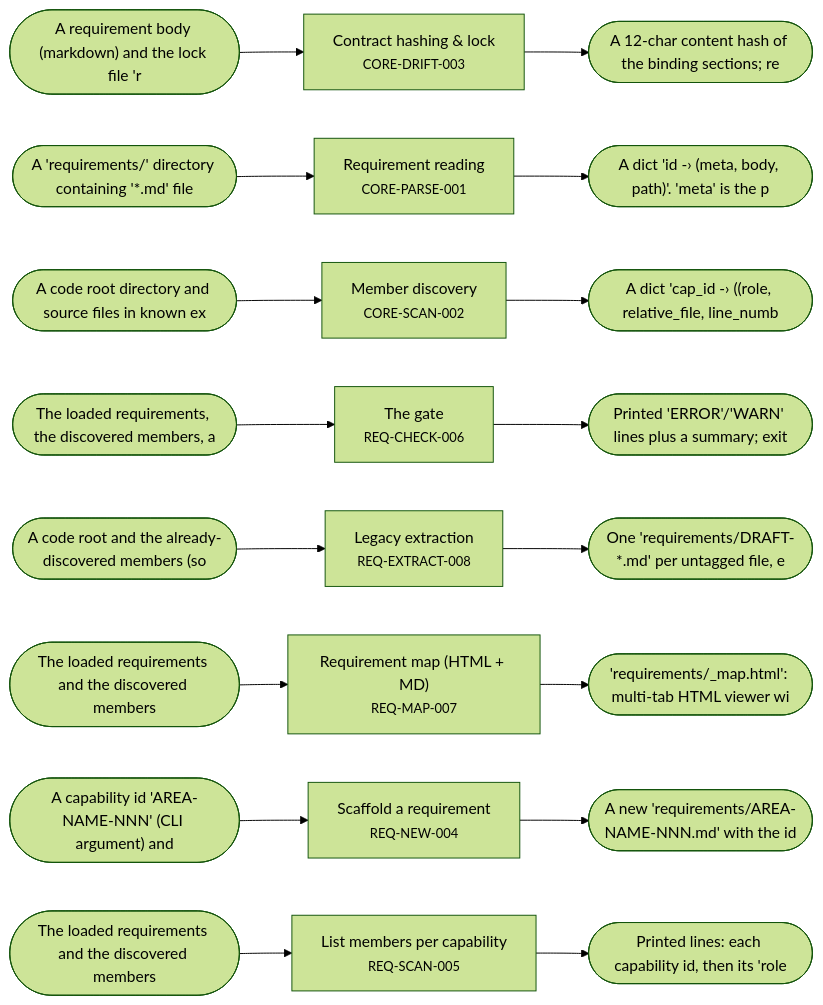
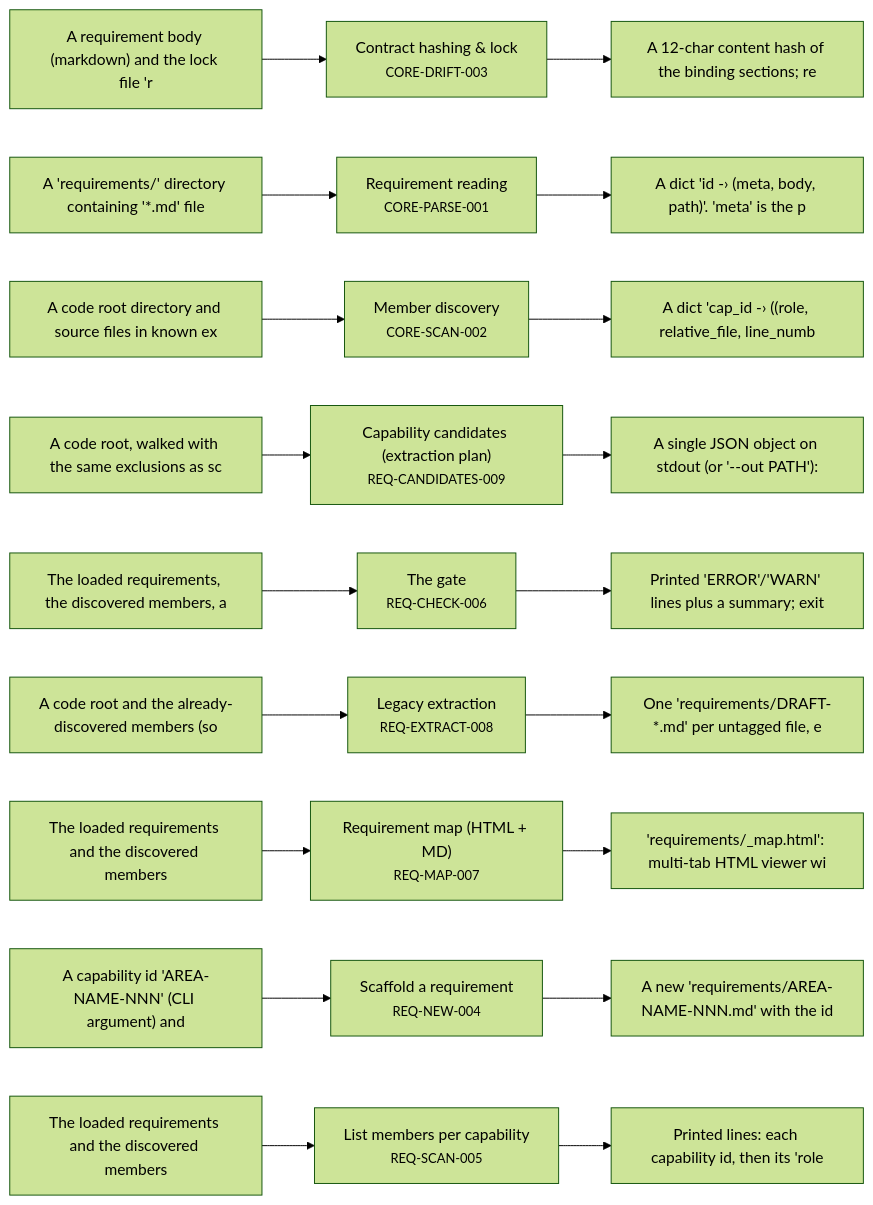
One commit to alxmax/Requirement-manager changed the third of 5 diagrams in plugin/requirements/_map.md. Above: the diagram before and after it, drawn with Mermaid (forest theme). The commit also changed other lines of this file and 2 other files, not shown here.

First line of the commit message:
feat(map): sharper rectangle nodes + wider left-right layout

````diff
--- a/plugin/requirements/_map.md
+++ b/plugin/requirements/_map.md
@@ -84,35 +91,39 @@
 ```mermaid
 flowchart LR
-  in_CORE_DRIFT_003(["A requirement body (markdown) and the lock file 'r"])
+  in_CORE_DRIFT_003["A requirement body (markdown) and the lock file 'r"]
   CORE_DRIFT_003["Contract hashing & lock<br><small>CORE-DRIFT-003</small>"]
-  out_CORE_DRIFT_003(["A 12-char content hash of the binding sections; re"])
+  out_CORE_DRIFT_003["A 12-char content hash of the binding sections; re"]
   in_CORE_DRIFT_003 --> CORE_DRIFT_003 --> out_CORE_DRIFT_003
-  in_CORE_PARSE_001(["A 'requirements/' directory containing '*.md' file"])
+  in_CORE_PARSE_001["A 'requirements/' directory containing '*.md' file"]
   CORE_PARSE_001["Requirement reading<br><small>CORE-PARSE-001</small>"]
-  out_CORE_PARSE_001(["A dict 'id -› (meta, body, path)'. 'meta' is the p"])
+  out_CORE_PARSE_001["A dict 'id -› (meta, body, path)'. 'meta' is the p"]
   in_CORE_PARSE_001 --> CORE_PARSE_001 --> out_CORE_PARSE_001
-  in_CORE_SCAN_002(["A code root directory and source files in known ex"])
+  in_CORE_SCAN_002["A code root directory and source files in known ex"]
   CORE_SCAN_002["Member discovery<br><small>CORE-SCAN-002</small>"]
-  out_CORE_SCAN_002(["A dict 'cap_id -› ((role, relative_file, line_numb"])
+  out_CORE_SCAN_002["A dict 'cap_id -› ((role, relative_file, line_numb"]
   in_CORE_SCAN_002 --> CORE_SCAN_002 --> out_CORE_SCAN_002
-  in_REQ_CHECK_006(["The loaded requirements, the discovered members, a"])
+  in_REQ_CANDIDATES_009["A code root, walked with the same exclusions as sc"]
+  REQ_CANDIDATES_009["Capability candidates (extraction plan)<br><small>REQ-CANDIDATES-009</small>"]
+  out_REQ_CANDIDATES_009["A single JSON object on stdout (or '--out PATH'): "]
+  in_REQ_CANDIDATES_009 --> REQ_CANDIDATES_009 --> out_REQ_CANDIDATES_009
+  in_REQ_CHECK_006["The loaded requirements, the discovered members, a"]
   REQ_CHECK_006["The gate<br><small>REQ-CHECK-006</small>"]
-  out_REQ_CHECK_006(["Printed 'ERROR'/'WARN' lines plus a summary; exit "])
+  out_REQ_CHECK_006["Printed 'ERROR'/'WARN' lines plus a summary; exit "]
   in_REQ_CHECK_006 --> REQ_CHECK_006 --> out_REQ_CHECK_006
-  in_REQ_EXTRACT_008(["A code root and the already-discovered members (so"])
+  in_REQ_EXTRACT_008["A code root and the already-discovered members (so"]
   REQ_EXTRACT_008["Legacy extraction<br><small>REQ-EXTRACT-008</small>"]
-  out_REQ_EXTRACT_008(["One 'requirements/DRAFT-*.md' per untagged file, e"])
+  out_REQ_EXTRACT_008["One 'requirements/DRAFT-*.md' per untagged file, e"]
   in_REQ_EXTRACT_008 --> REQ_EXTRACT_008 --> out_REQ_EXTRACT_008
-  in_REQ_MAP_007(["The loaded requirements and the discovered members"])
+  in_REQ_MAP_007["The loaded requirements and the discovered members"]
   REQ_MAP_007["Requirement map (HTML + MD)<br><small>REQ-MAP-007</small>"]
-  out_REQ_MAP_007(["'requirements/_map.html': multi-tab HTML viewer wi"])
+  out_REQ_MAP_007["'requirements/_map.html': multi-tab HTML viewer wi"]
   in_REQ_MAP_007 --> REQ_MAP_007 --> out_REQ_MAP_007
-  in_REQ_NEW_004(["A capability id 'AREA-NAME-NNN' (CLI argument) and"])
+  in_REQ_NEW_004["A capability id 'AREA-NAME-NNN' (CLI argument) and"]
   REQ_NEW_004["Scaffold a requirement<br><small>REQ-NEW-004</small>"]
-  out_REQ_NEW_004(["A new 'requirements/AREA-NAME-NNN.md' with the id "])
+  out_REQ_NEW_004["A new 'requirements/AREA-NAME-NNN.md' with the id "]
   in_REQ_NEW_004 --> REQ_NEW_004 --> out_REQ_NEW_004
-  in_REQ_SCAN_005(["The loaded requirements and the discovered members"])
+  in_REQ_SCAN_005["The loaded requirements and the discovered members"]
   REQ_SCAN_005["List members per capability<br><small>REQ-SCAN-005</small>"]
-  out_REQ_SCAN_005(["Printed lines: each capability id, then its 'role "])
+  out_REQ_SCAN_005["Printed lines: each capability id, then its 'role "]
   in_REQ_SCAN_005 --> REQ_SCAN_005 --> out_REQ_SCAN_005
 ```
````
